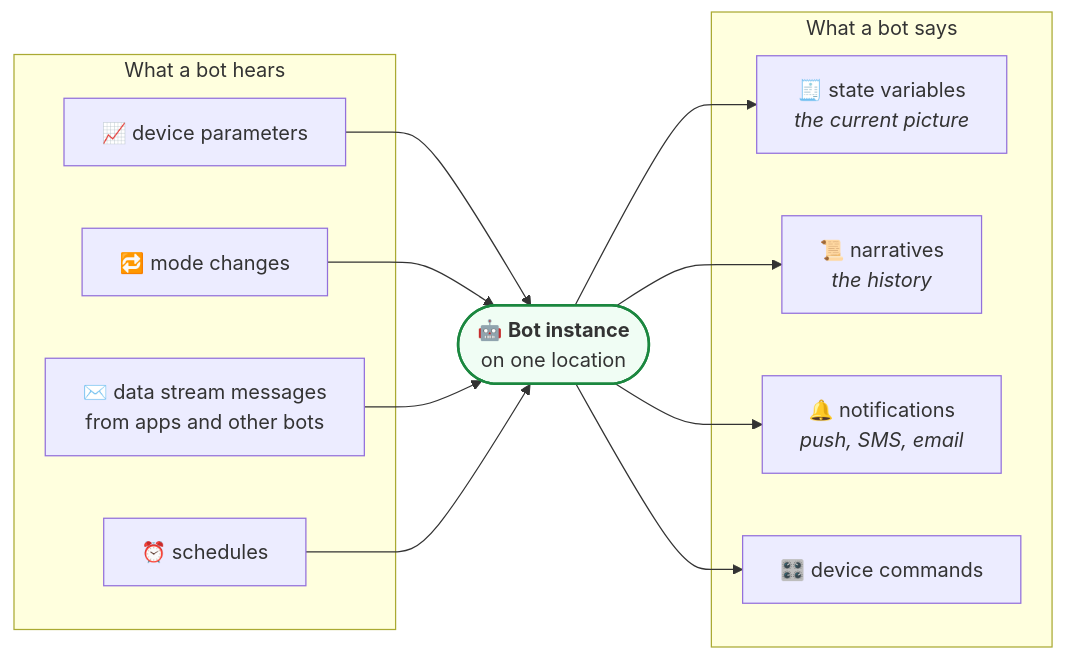
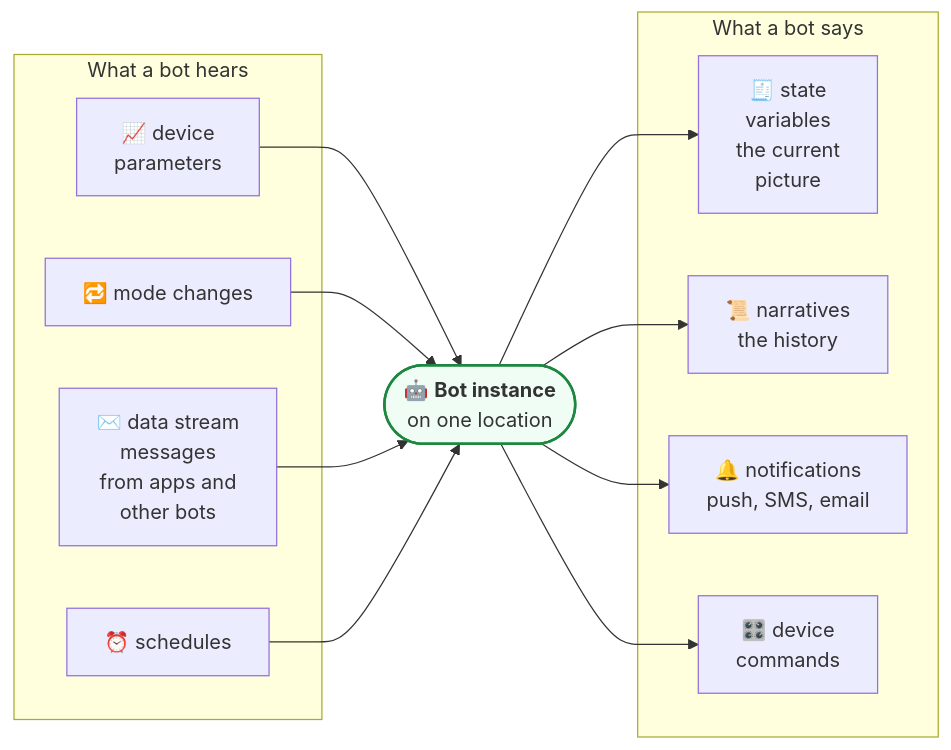
The diagram in concepts/bots_and_services.md (CareDailyAI/docs), drawn with Mermaid before and after one commit. The commit also changed 30 other files, not shown here.

First line of the commit message:
Diagrams: wrap every flowchart label to short rows so Chrome stops clipping them

````diff
--- a/concepts/bots_and_services.md
+++ b/concepts/bots_and_services.md
@@ -10,19 +10,19 @@
 ```mermaid
 flowchart LR
     subgraph In["What a bot hears"]
-        D["📈 device parameters"]
+        D["📈 device<br/>parameters"]
         M["🔁 mode changes"]
-        S["✉️ data stream messages<br/>from apps and other bots"]
+        S["✉️ data stream<br/>messages<br/>from apps and<br/>other bots"]
         T["⏰ schedules"]
     end
     B(["🤖 <b>Bot instance</b><br/>on one location"])
     subgraph Out["What a bot says"]
-        ST["🧾 state variables<br/><i>the current picture</i>"]
-        N["📜 narratives<br/><i>the history</i>"]
-        NT["🔔 notifications<br/><i>push, SMS, email</i>"]
-        C["🎛️ device commands"]
+        ST["🧾 state<br/>variables<br/>the current<br/>picture"]
+        N["📜 narratives<br/>the history"]
+        NT["🔔 notifications<br/>push, SMS, email"]
+        C["🎛️ device<br/>commands"]
     end
     D & M & S & T --> B --> ST & N & NT & C
 
     style B fill:#f0fdf4,stroke:#1b873f,stroke-width:2px
 ```
````
